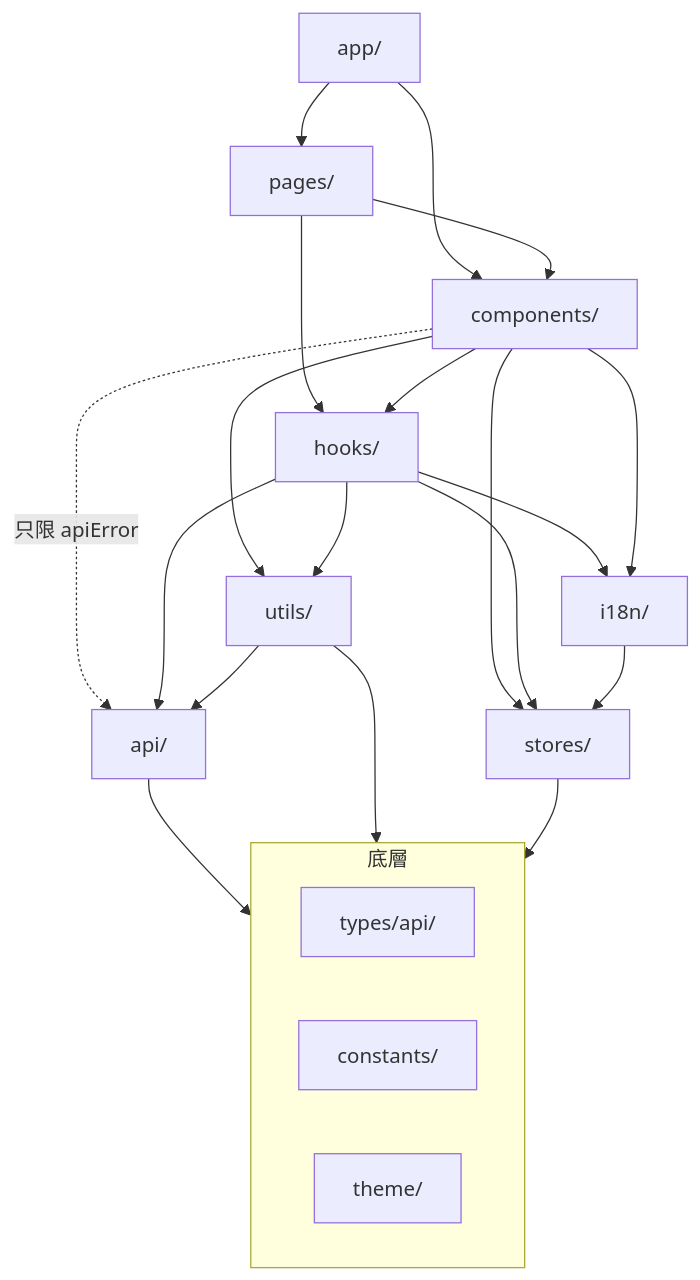
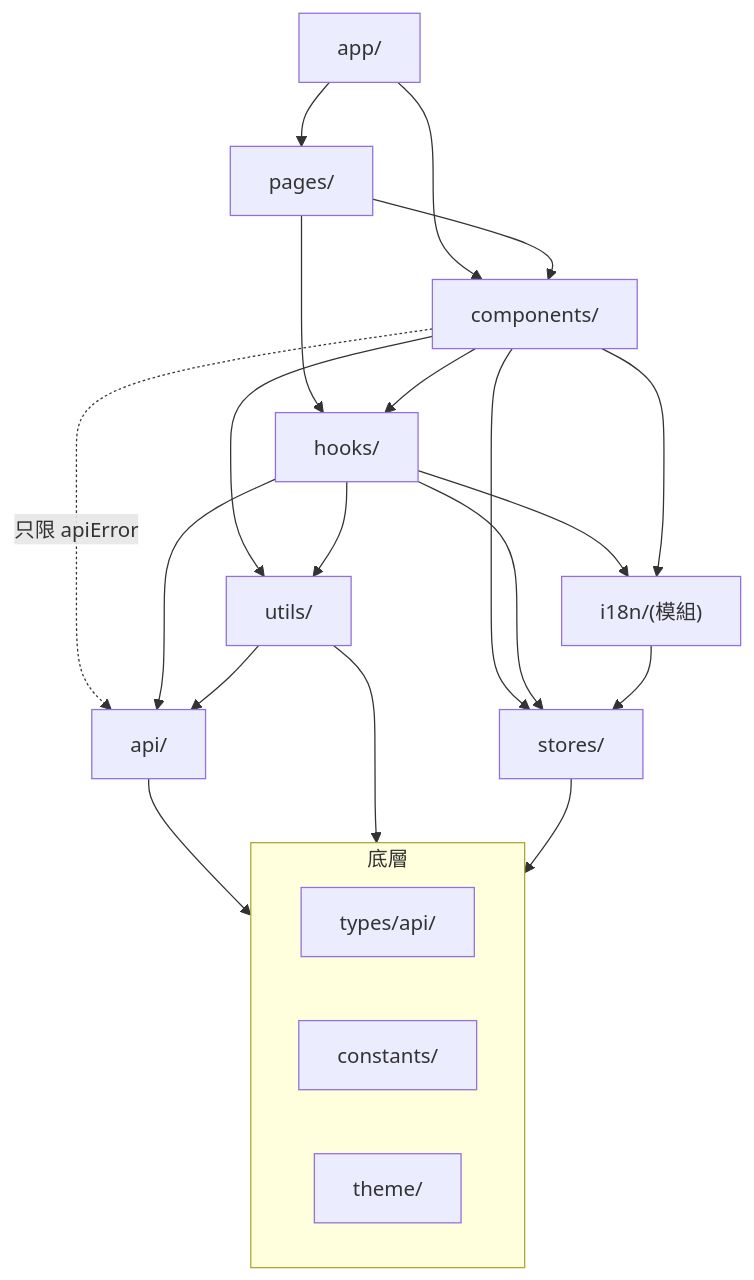
The diagram in references/standards/project-structure.md (PingYang0717/frontend-design-skill), drawn with Mermaid before and after one commit. The commit also changed other lines of this file and 190 other files, not shown here.

````diff
--- a/references/standards/project-structure.md
+++ b/references/standards/project-structure.md
@@ -41,26 +41,26 @@
 ```mermaid
 flowchart TD
   app["app/"] --> pages["pages/"]
   app --> components
   pages --> components["components/"]
   pages --> hooks
   components --> hooks["hooks/"]
   components --> stores
   components -. "只限 apiError" .-> api
   hooks --> api["api/"]
   hooks --> stores["stores/"]
-  hooks --> i18n["i18n/"]
+  hooks --> i18n["i18n/(模組)"]
   components --> i18n
   i18n --> stores
   components --> utils["utils/"]
   hooks --> utils
   utils --> api
   api --> base
   utils --> base
   stores --> base
   subgraph base["底層"]
     types["types/api/"]
     constants["constants/"]
     theme["theme/"]
   end
 ```
````
